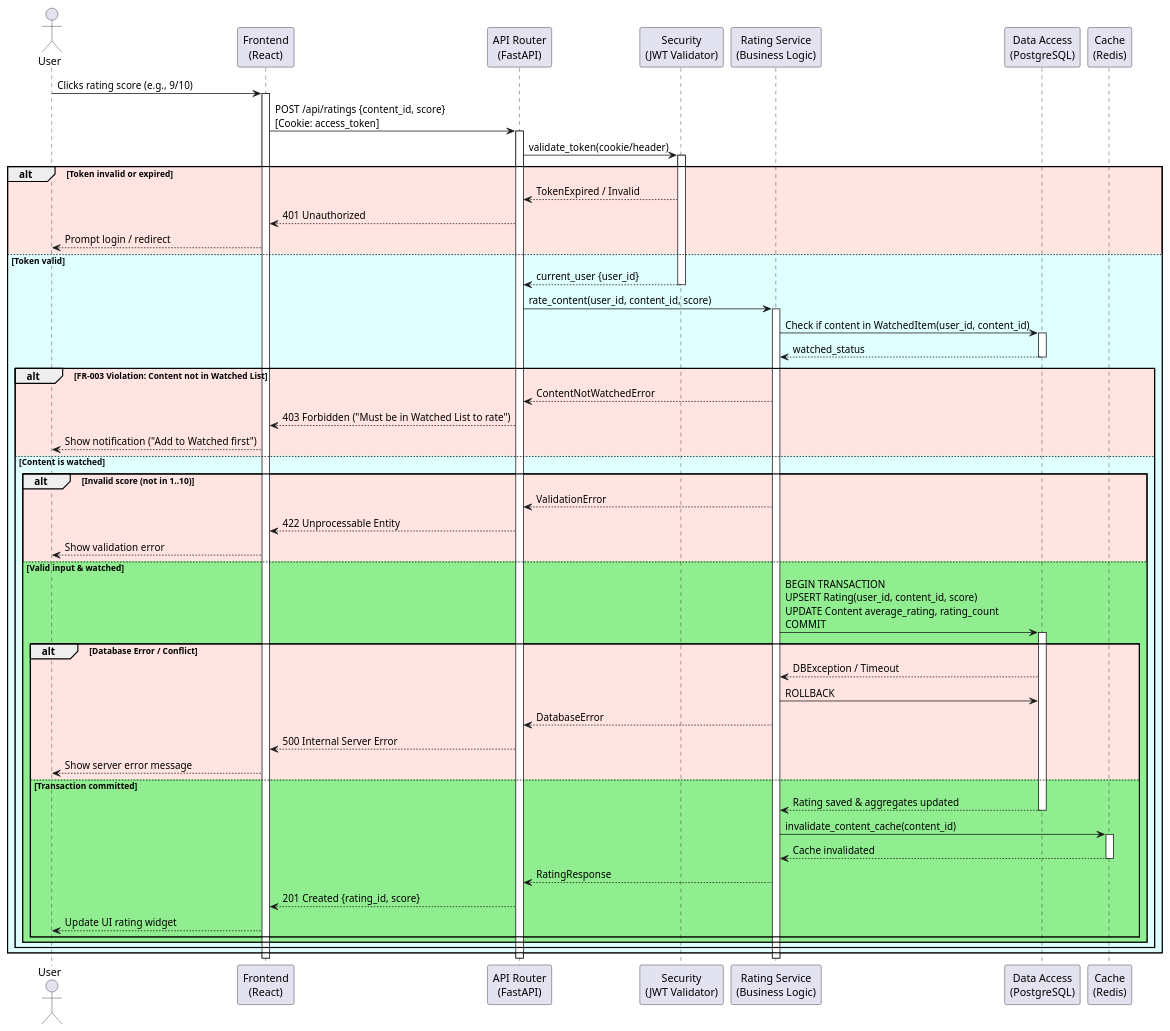
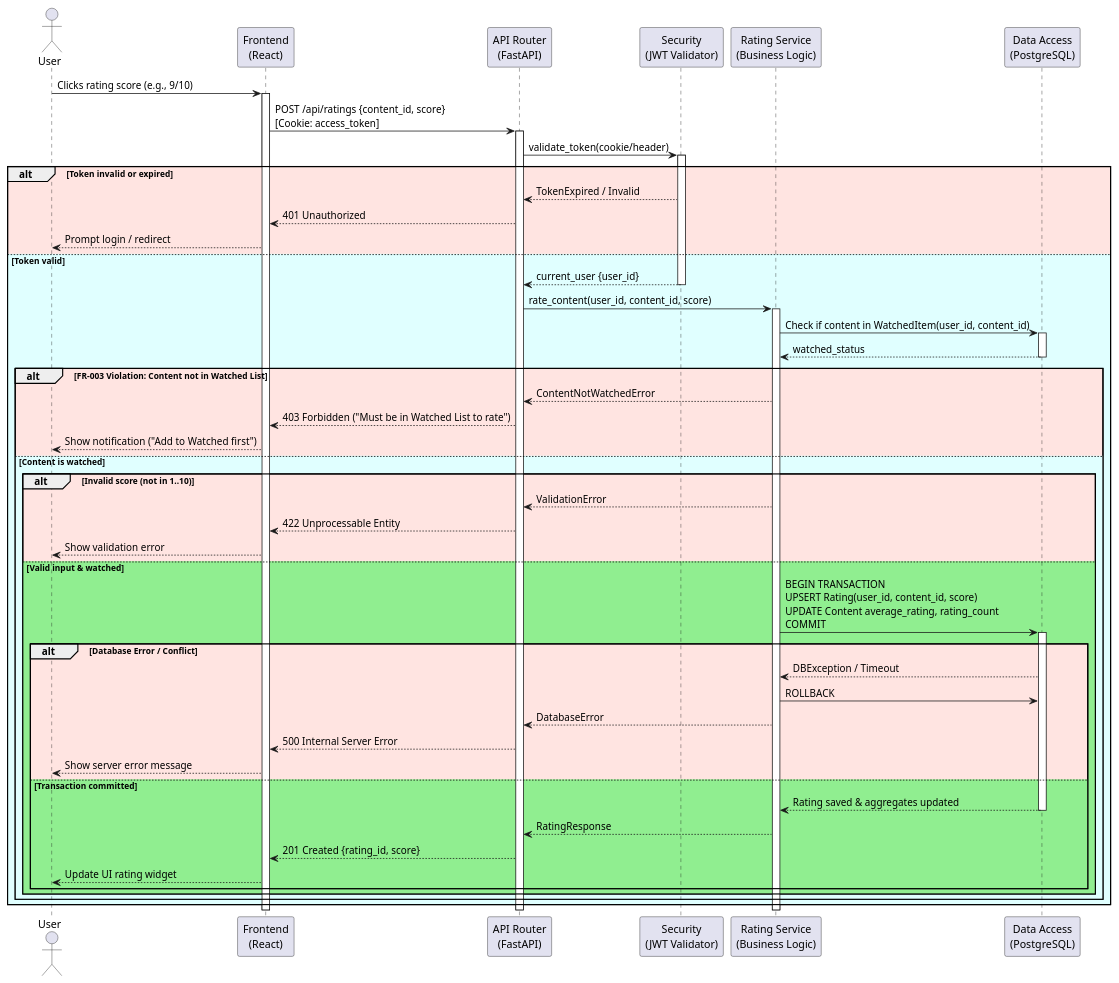
One commit to ukma-fin-ssdm-2026/ctrl-alt-defeat changed the diagram in docs/architecture/uml/sequence-diagram.puml. Above: the diagram before and after it, drawn with PlantUML. The commit also changed 8 other files, not shown here.

```diff
--- a/docs/architecture/uml/sequence-diagram.puml
+++ b/docs/architecture/uml/sequence-diagram.puml
@@ -1,71 +1,65 @@
 @startuml
 actor "User" as User
 participant "Frontend\n(React)" as UI
 participant "API Router\n(FastAPI)" as Router
 participant "Security\n(JWT Validator)" as Sec
 participant "Rating Service\n(Business Logic)" as Service
 participant "Data Access\n(PostgreSQL)" as DB
-participant "Cache\n(Redis)" as Cache
 
 User -> UI : Clicks rating score (e.g., 9/10)
 activate UI
 
 UI -> Router : POST /api/ratings {content_id, score}\n[Cookie: access_token]
 activate Router
 
 Router -> Sec : validate_token(cookie/header)
 activate Sec
 alt #MistyRose Token invalid or expired
     Sec --> Router : TokenExpired / Invalid
     Router --> UI : 401 Unauthorized
     UI --> User : Prompt login / redirect
 else #LightCyan Token valid
     Sec --> Router : current_user {user_id}
     deactivate Sec
 
     Router -> Service : rate_content(user_id, content_id, score)
     activate Service
 
     Service -> DB : Check if content in WatchedItem(user_id, content_id)
     activate DB
     DB --> Service : watched_status
     deactivate DB
 
     alt #MistyRose FR-003 Violation: Content not in Watched List
         Service --> Router : ContentNotWatchedError
         Router --> UI : 403 Forbidden ("Must be in Watched List to rate")
         UI --> User : Show notification ("Add to Watched first")
     else #LightCyan Content is watched
         alt #MistyRose Invalid score (not in 1..10)
             Service --> Router : ValidationError
             Router --> UI : 422 Unprocessable Entity
             UI --> User : Show validation error
         else #LightGreen Valid input & watched
             Service -> DB : BEGIN TRANSACTION\nUPSERT Rating(user_id, content_id, score)\nUPDATE Content average_rating, rating_count\nCOMMIT
             activate DB
             alt #MistyRose Database Error / Conflict
                 DB --> Service : DBException / Timeout
                 Service -> DB : ROLLBACK
                 Service --> Router : DatabaseError
                 Router --> UI : 500 Internal Server Error
                 UI --> User : Show server error message
             else #LightGreen Transaction committed
                 DB --> Service : Rating saved & aggregates updated
                 deactivate DB
 
-                Service -> Cache : invalidate_content_cache(content_id)
-                activate Cache
-                Cache --> Service : Cache invalidated
-                deactivate Cache
-
                 Service --> Router : RatingResponse
                 Router --> UI : 201 Created {rating_id, score}
                 UI --> User : Update UI rating widget
             end
         end
     end
 end
 deactivate Service
 deactivate Router
 deactivate UI
 @enduml
```
